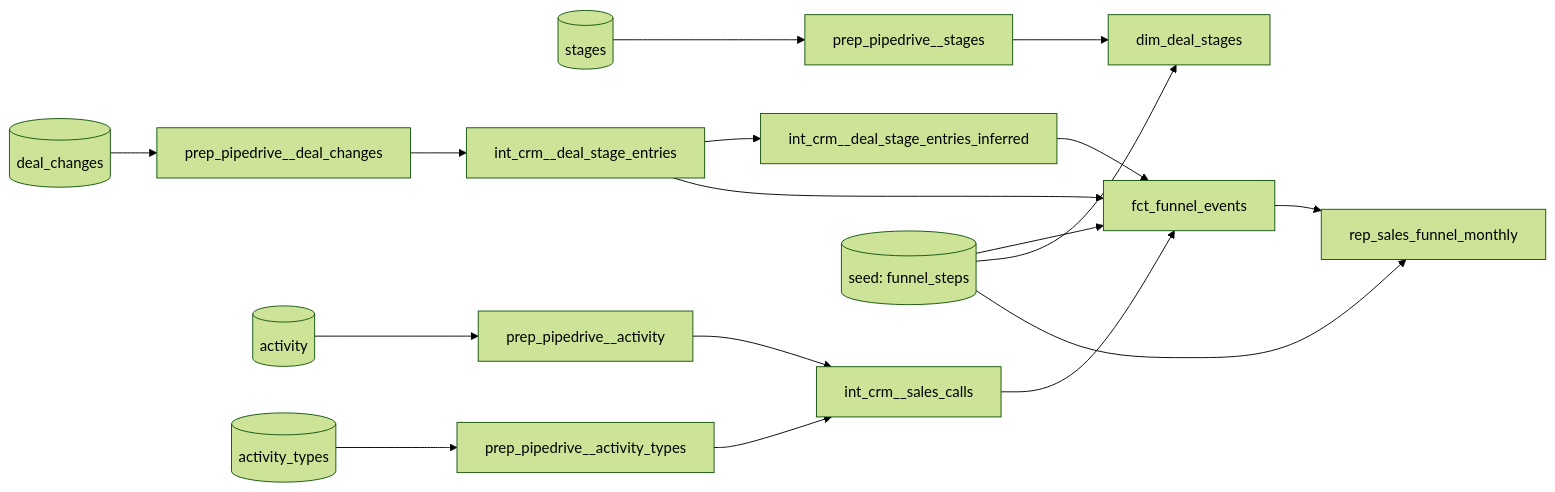
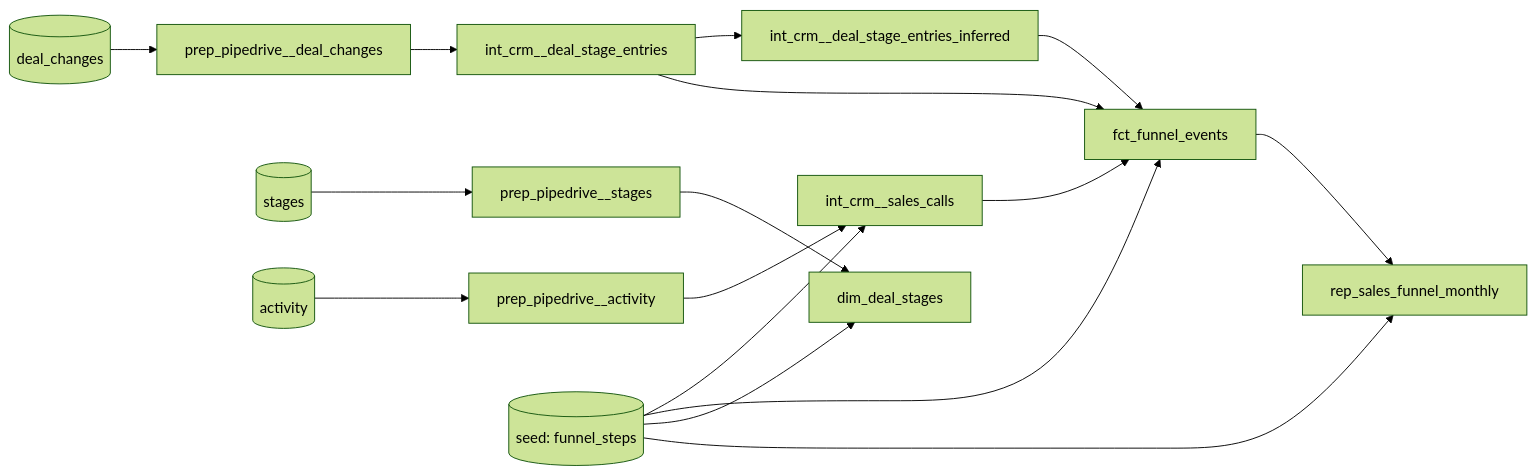
One commit to raimundovidaljunior/dbt_enpal_assessment changed the diagram in docs/solution.md. Above: the diagram before and after it, drawn with Mermaid (forest theme). The commit also changed 4 other files, not shown here.

First line of the commit message:
Define sales calls from the seed and join it once in funnel events

````diff
--- a/docs/solution.md
+++ b/docs/solution.md
@@ -17,19 +17,18 @@
 ```mermaid
 flowchart LR
     dc[(deal_changes)] --> p_dc[prep_pipedrive__deal_changes]
     st[(stages)] --> p_st[prep_pipedrive__stages]
     act[(activity)] --> p_act[prep_pipedrive__activity]
-    at[(activity_types)] --> p_at[prep_pipedrive__activity_types]
     p_dc --> i_se[int_crm__deal_stage_entries]
     i_se --> i_si[int_crm__deal_stage_entries_inferred]
     p_act --> i_sc[int_crm__sales_calls]
-    p_at --> i_sc
-    seed[(seed: funnel_steps)] --> f_fe
+    seed[(seed: funnel_steps)] --> i_sc
+    seed --> f_fe
     i_se --> f_fe[fct_funnel_events]
     i_si --> f_fe
     i_sc --> f_fe
     p_st --> d_st[dim_deal_stages]
     seed --> d_st
     f_fe --> rep[rep_sales_funnel_monthly]
     seed --> rep
 ```
````
